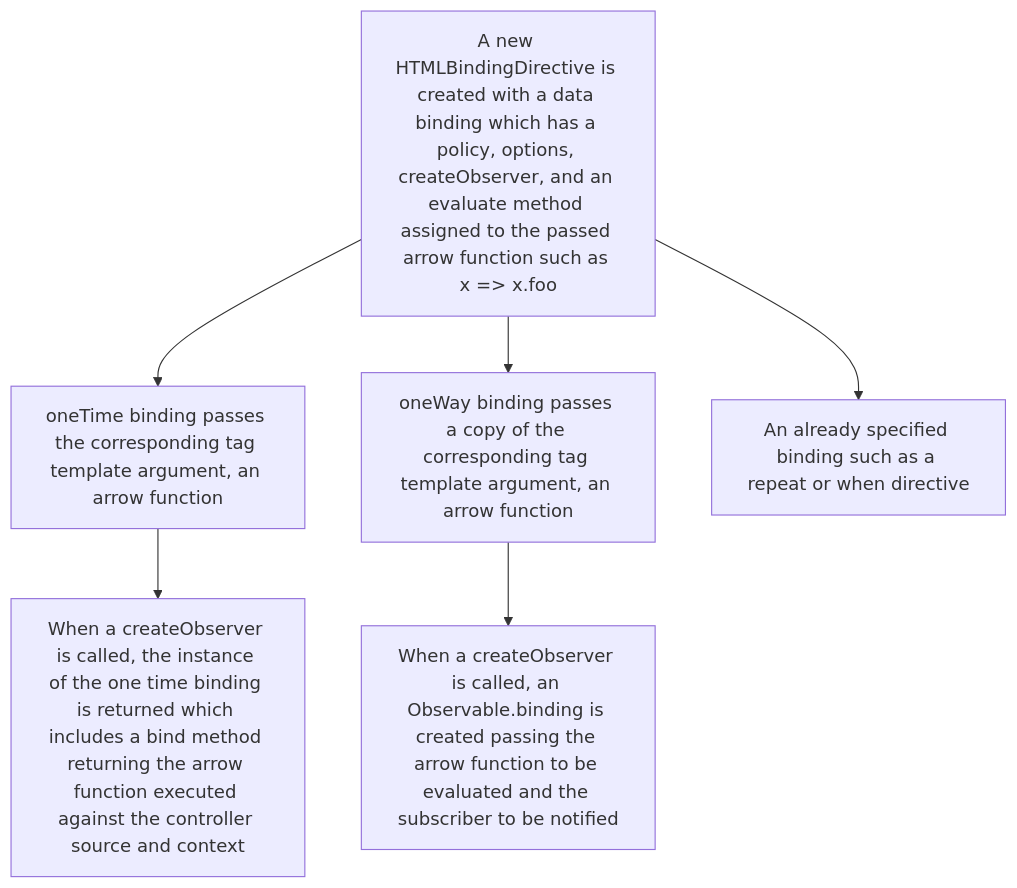
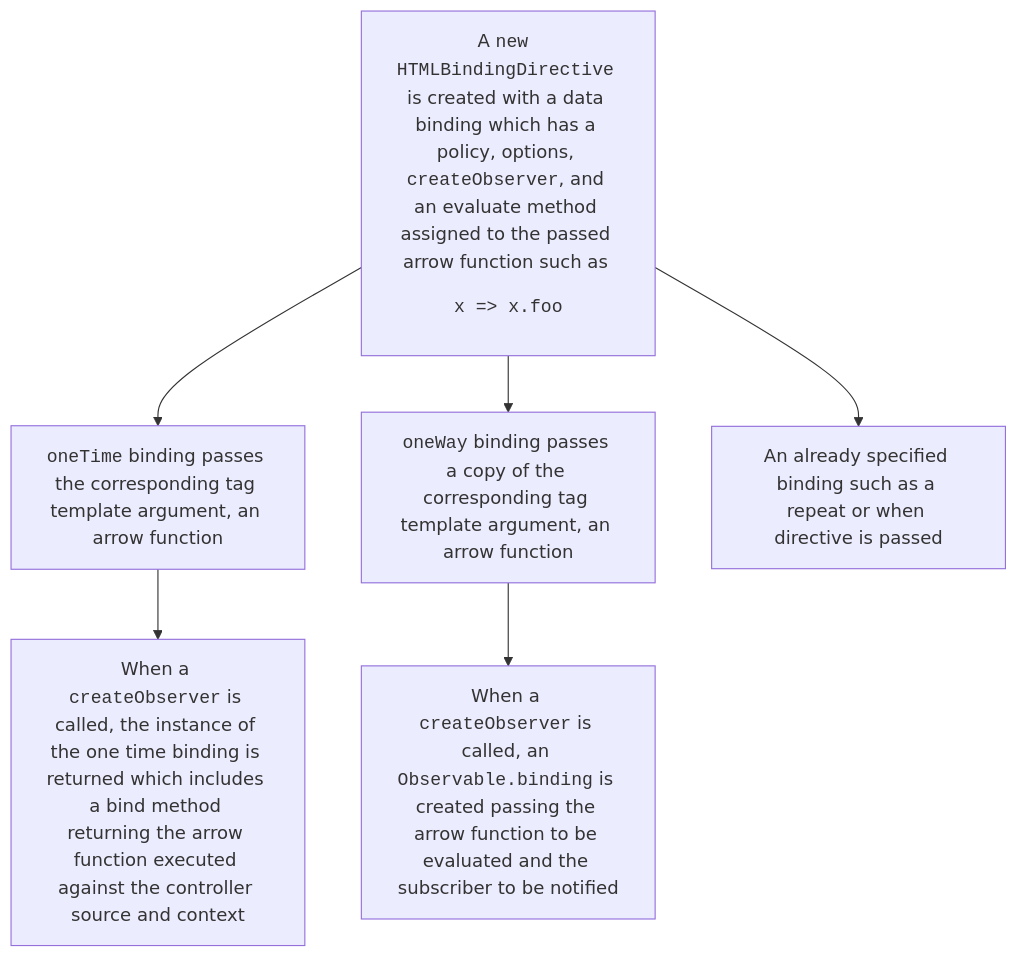
Before and after one commit to microsoft/fast: the third of 6 diagrams in packages/web-components/fast-element/ARCHITECTURE.md, drawn with Mermaid. The commit also changed other lines of this file, not shown here.

````diff
--- a/packages/web-components/fast-element/ARCHITECTURE.md
+++ b/packages/web-components/fast-element/ARCHITECTURE.md
@@ -59,14 +59,14 @@
 ```mermaid
 flowchart TD
-    A[A new HTMLBindingDirective is created with a data binding which has a policy, options, createObserver, and an evaluate method assigned to the passed arrow function such as x => x.foo]
-    B[oneTime binding passes the corresponding tag template argument, an arrow function]
-    C[oneWay binding passes a copy of the corresponding tag template argument, an arrow function]
-    D[An already specified binding such as a repeat or when directive]
+    A[A <code>new HTMLBindingDirective</code> is created with a data binding which has a policy, options, <code>createObserver</code>, and an evaluate method assigned to the passed arrow function such as <pre>x => x.foo</pre>]
+    B[<code>oneTime</code> binding passes the corresponding tag template argument, an arrow function]
+    C[<code>oneWay</code> binding passes a copy of the corresponding tag template argument, an arrow function]
+    D[An already specified binding such as a repeat or when directive is passed]
     A --> B
     A --> C
     A --> D
-    E[When a createObserver is called, an Observable.binding is created passing the arrow function to be evaluated and the subscriber to be notified]
+    E[When a <code>createObserver</code> is called, an <code>Observable.binding</code> is created passing the arrow function to be evaluated and the subscriber to be notified]
     C --> E
-    F[When a createObserver is called, the instance of the one time binding is returned which includes a bind method returning the arrow function executed against the controller source and context]
+    F[When a <code>createObserver</code> is called, the instance of the one time binding is returned which includes a bind method returning the arrow function executed against the controller source and context]
     B --> F
 ```
````
